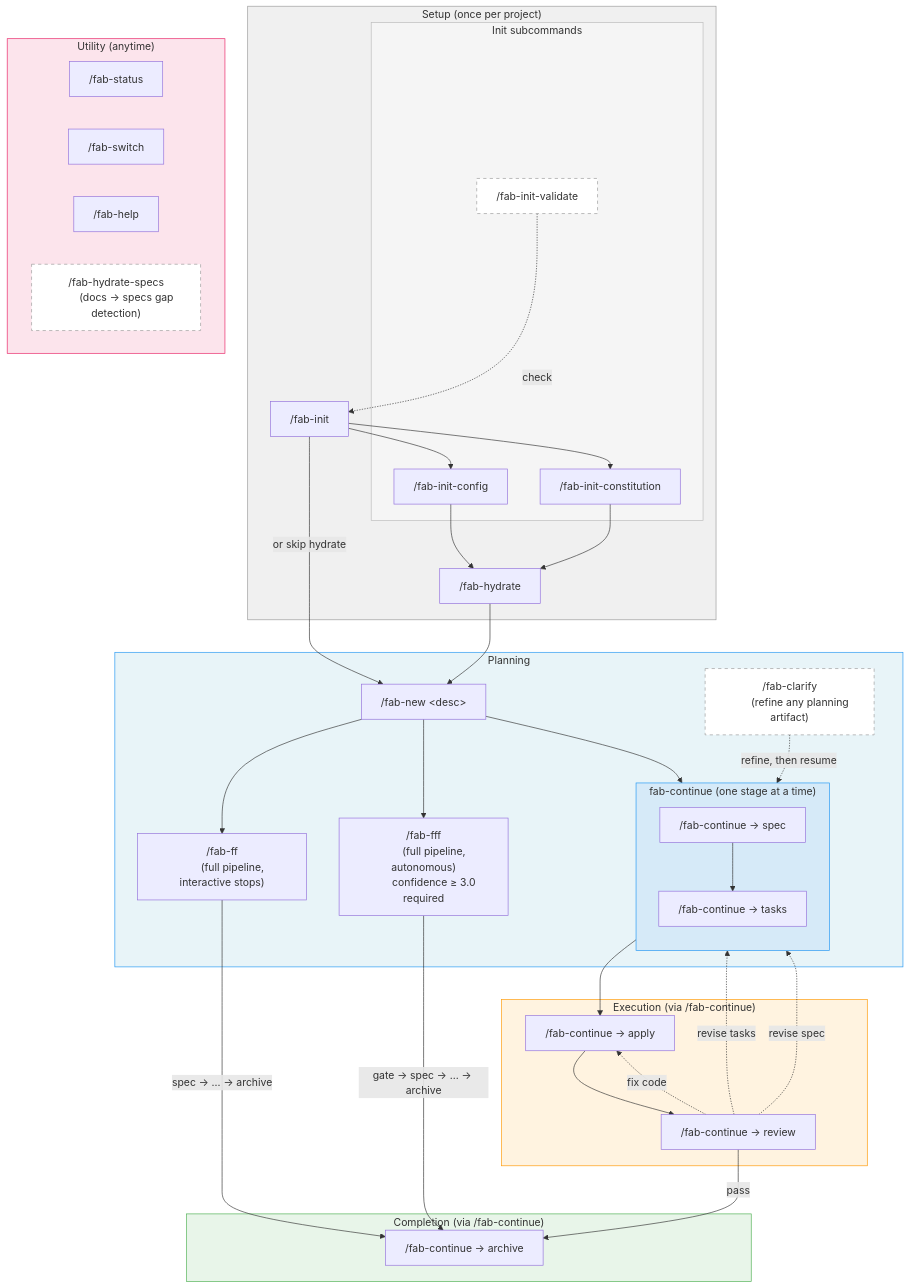
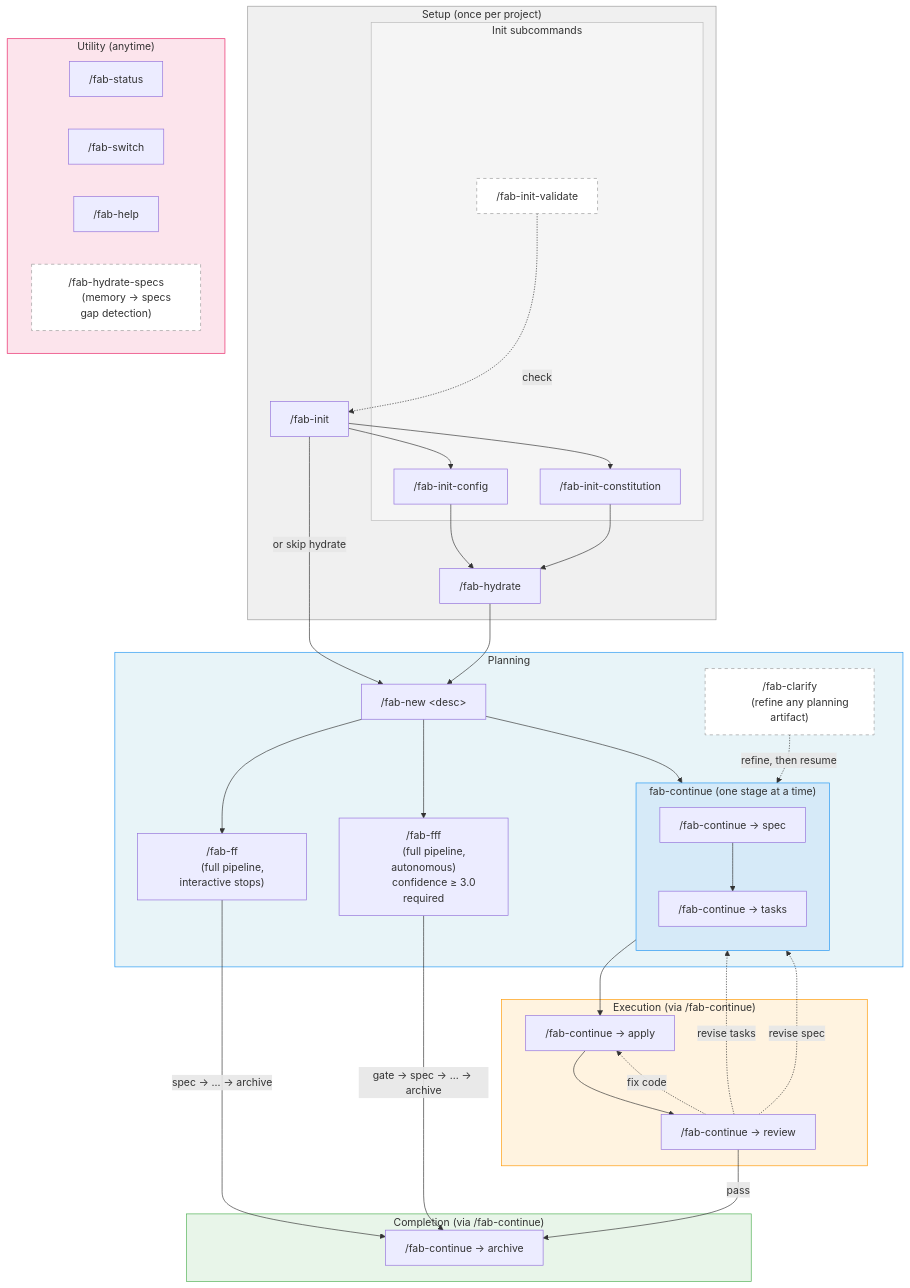
Before and after one commit to wvrdz/fab-kit: the third of 4 diagrams in fab/specs/user-flow.md, drawn with Mermaid. The commit also changed 44 other files, not shown here.

```diff
--- a/fab/specs/user-flow.md
+++ b/fab/specs/user-flow.md
@@ -111,7 +111,7 @@
         SWITCH["/fab-switch"]
         HELP["/fab-help"]
         BACKFILL["/fab-hydrate-specs
-        (docs → specs gap detection)"]
+        (memory → specs gap detection)"]
     end
 
     %% Setup
```
